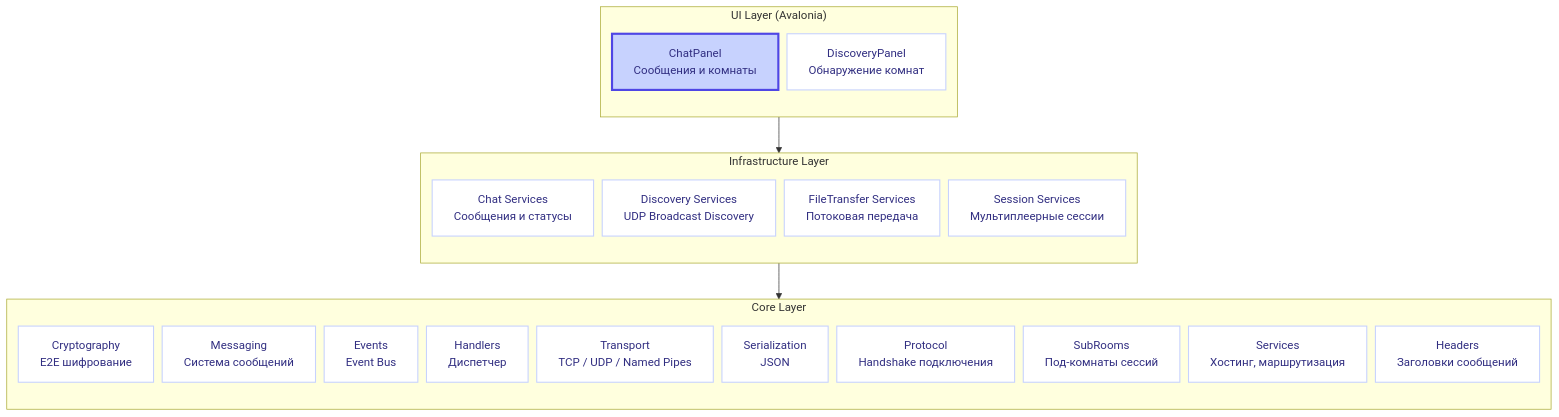
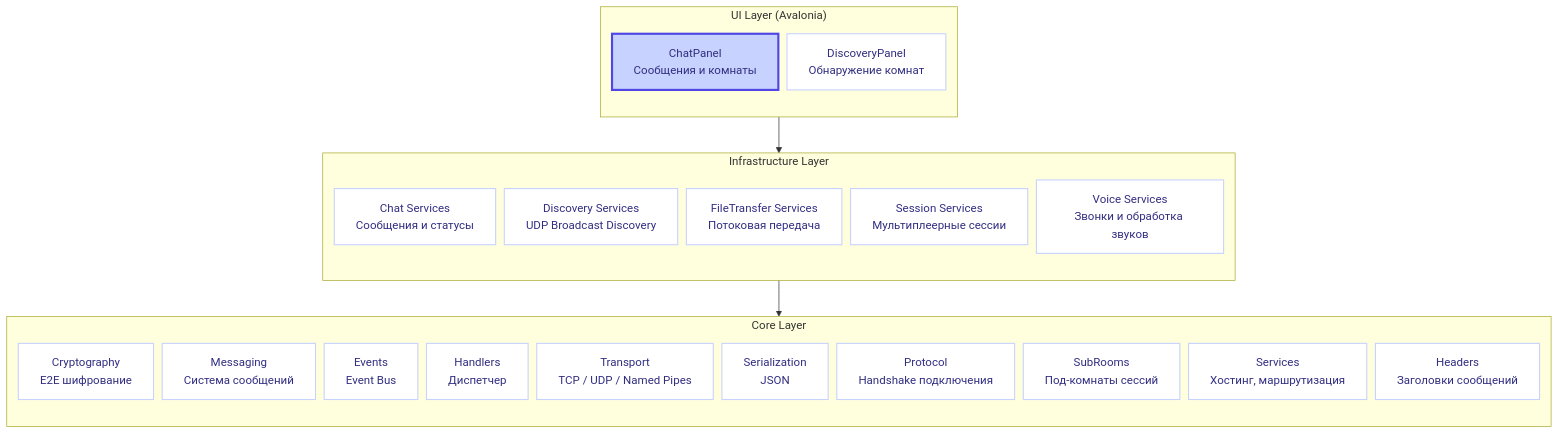
One commit to CasCadeVR/MIN changed the first of 5 diagrams in README.ru.md. Above: the diagram before and after it, drawn with Mermaid. The commit also changed other lines of this file and 196 other files, not shown here.

````diff
--- a/README.ru.md
+++ b/README.ru.md
@@ -68,46 +70,47 @@
 ```mermaid
 flowchart TB
     %%{init: {'flowchart': {'nodeSpacing': 12}}}%%
     classDef uiLayer fill:#dbeafe,stroke:#3b82f6,stroke-width:2px,color:#1e40af
     classDef infraLayer fill:#e0e7ff,stroke:#4f46e5,stroke-width:2px,color:#3730a3
     classDef coreLayer fill:#ede9fe,stroke:#7c3aed,stroke-width:2px,color:#5b21b6
     classDef component fill:#ffffff,stroke:#c7d2fe,stroke-width:1.5px,color:#312e81
     classDef highlight fill:#c7d2fe,stroke:#4f46e5,stroke-width:3px,color:#312e81
     
     subgraph UI["UI Layer (Avalonia)"]
         direction TB
         A["ChatPanel<br>Сообщения и комнаты"]
         B["DiscoveryPanel<br>Обнаружение комнат"]
     end
     
     subgraph INF["Infrastructure Layer"]
         direction TB
         C["Chat Services<br>Сообщения и статусы"]
         D["Discovery Services<br>UDP Broadcast Discovery"]
         E["FileTransfer Services<br>Потоковая передача"]
         F["Session Services<br>Мультиплеерные сессии"]
+        V["Voice Services<br>Звонки и обработка звуков"]
     end
     
     subgraph CORE["Core Layer"]
         direction TB
         G["Cryptography<br>E2E шифрование"]
         H["Messaging<br>Система сообщений"]
         I["Events<br>Event Bus"]
         J["Handlers<br>Диспетчер"]
         K["Transport<br>TCP / UDP / Named Pipes"]
         L["Serialization<br>JSON"]
         M["Protocol<br>Handshake подключения"]
         N["SubRooms<br>Под-комнаты сессий"]
         O["Services<br>Хостинг, маршрутизация"]
         P["Headers<br>Заголовки сообщений"]
     end
     
     class A highlight;
-    class B,C,D,E,F,G,H,I,J,K,L,M,N,O,P component
+    class B,C,D,E,F,V,G,H,I,J,K,L,M,N,O,P component
     class UI uiLayer;
     class INF infraLayer;
     class CORE coreLayer
     
     UI --> INF
     INF --> CORE
 ```
````
